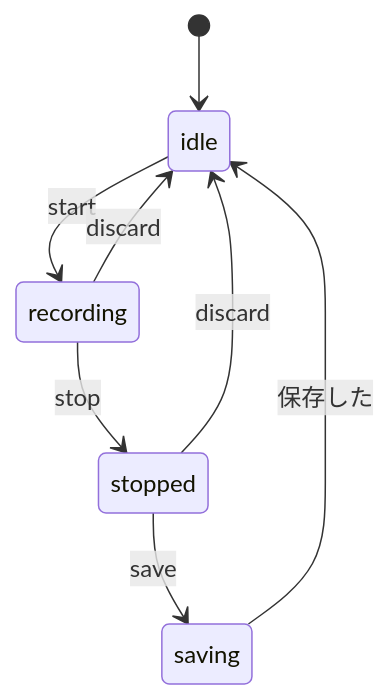
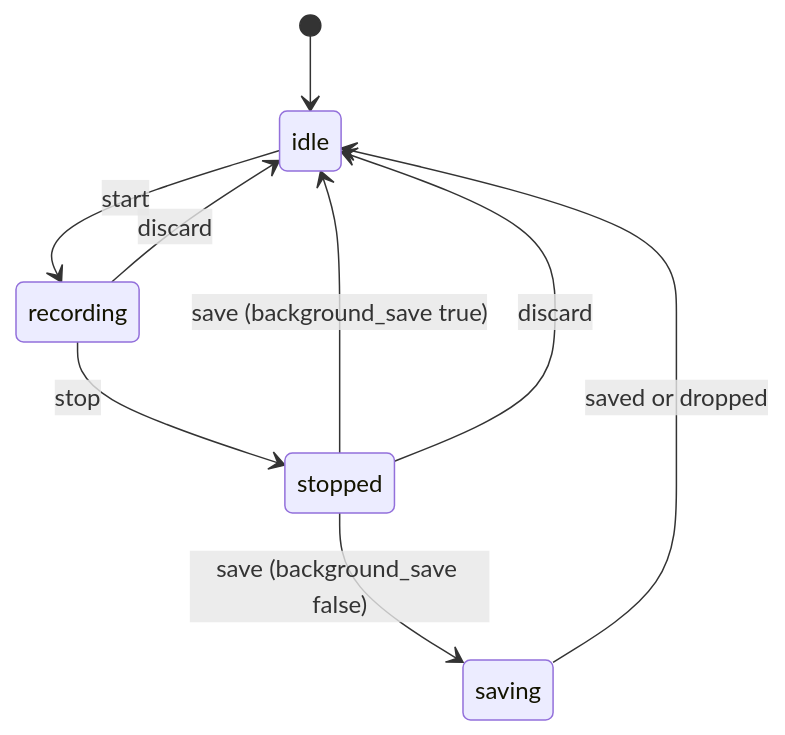
Before and after one commit to tetsugo02/roboloom: the third of 4 diagrams in docs/ja/get-started/concepts.md, drawn with Mermaid. The commit also changed other lines of this file and 76 other files, not shown here.

````diff
--- a/docs/ja/get-started/concepts.md
+++ b/docs/ja/get-started/concepts.md
@@ -80,10 +80,11 @@
 ```mermaid
 stateDiagram-v2
   [*] --> idle
   idle --> recording: start
   recording --> stopped: stop
-  stopped --> saving: save
-  saving --> idle: 保存した
+  stopped --> idle: save (background_save true)
+  stopped --> saving: save (background_save false)
+  saving --> idle: saved or dropped
   stopped --> idle: discard
   recording --> idle: discard
 ```
````
